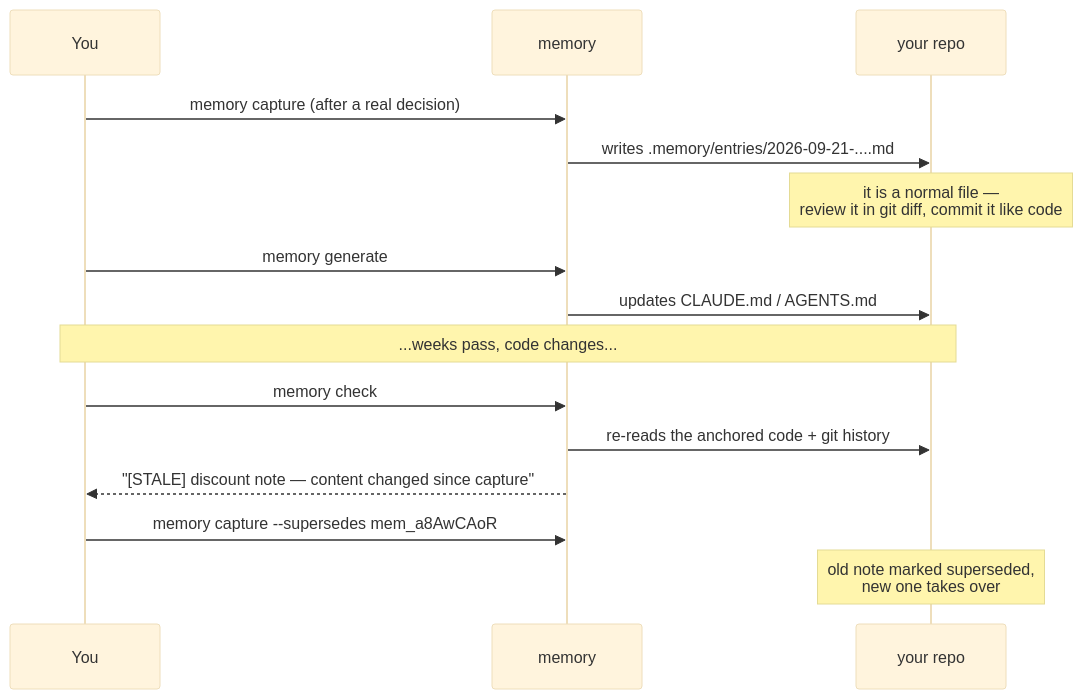
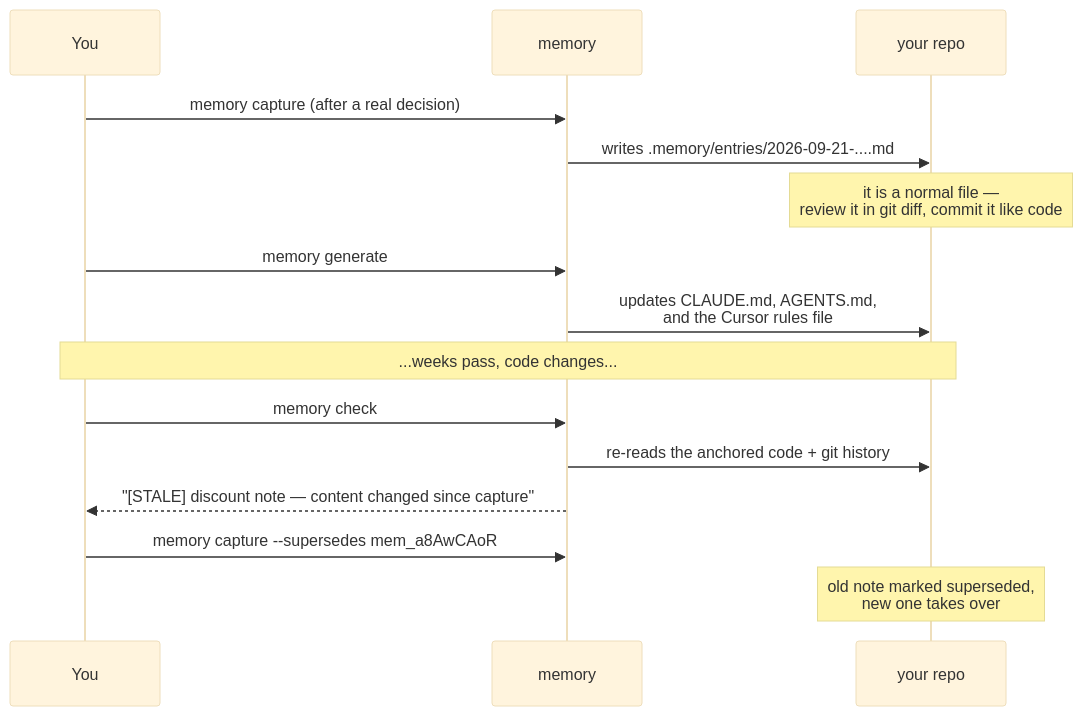
Before and after one commit to kishore600/ctx-memory: the second of 3 diagrams in README.md, drawn with Mermaid (base theme). The commit also changed other lines of this file and 5 other files, not shown here.

First line of the commit message:
feat: generate Cursor's native rules file alongside CLAUDE.md and AGENTS.md

````diff
--- a/README.md
+++ b/README.md
@@ -178,22 +229,22 @@
 ```mermaid
 sequenceDiagram
     participant You
     participant Tool as memory
     participant Repo as your repo
 
     You->>Tool: memory capture (after a real decision)
     Tool->>Repo: writes .memory/entries/2026-09-21-....md
     Note over Repo: it is a normal file —<br/>review it in git diff, commit it like code
 
     You->>Tool: memory generate
-    Tool->>Repo: updates CLAUDE.md / AGENTS.md
+    Tool->>Repo: updates CLAUDE.md, AGENTS.md,<br/>and the Cursor rules file
 
     Note over You,Repo: ...weeks pass, code changes...
 
     You->>Tool: memory check
     Tool->>Repo: re-reads the anchored code + git history
     Tool-->>You: "[STALE] discount note — content changed since capture"
 
     You->>Tool: memory capture --supersedes mem_a8AwCAoR
     Note over Repo: old note marked superseded,<br/>new one takes over
 ```
````
